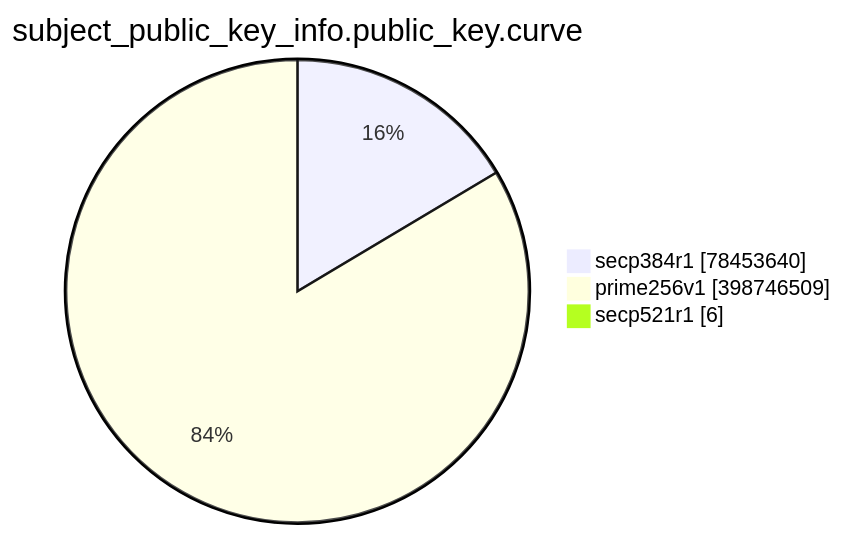
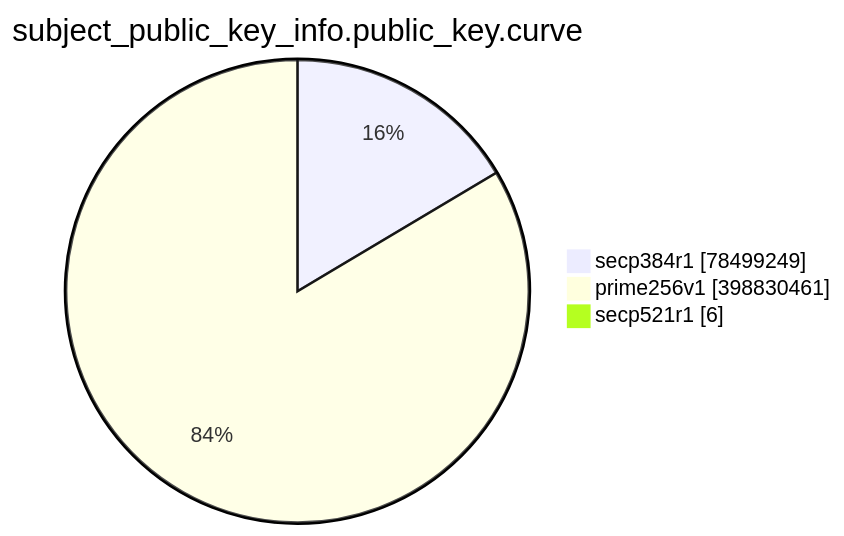
One commit to christiankrug/ctmonitor_visualization changed the eighth of 15 diagrams in TOTAL/README.md. Above: the diagram before and after it, drawn with Mermaid. The commit also changed other lines of this file, not shown here.

````diff
--- a/TOTAL/README.md
+++ b/TOTAL/README.md
@@ -3095,7 +3095,7 @@
 ```mermaid
 pie showData
 title subject_public_key_info.public_key.curve
-"secp384r1" :78453640
-"prime256v1" :398746509
+"secp384r1" :78499249
+"prime256v1" :398830461
 "secp521r1" :6
 ```
````
